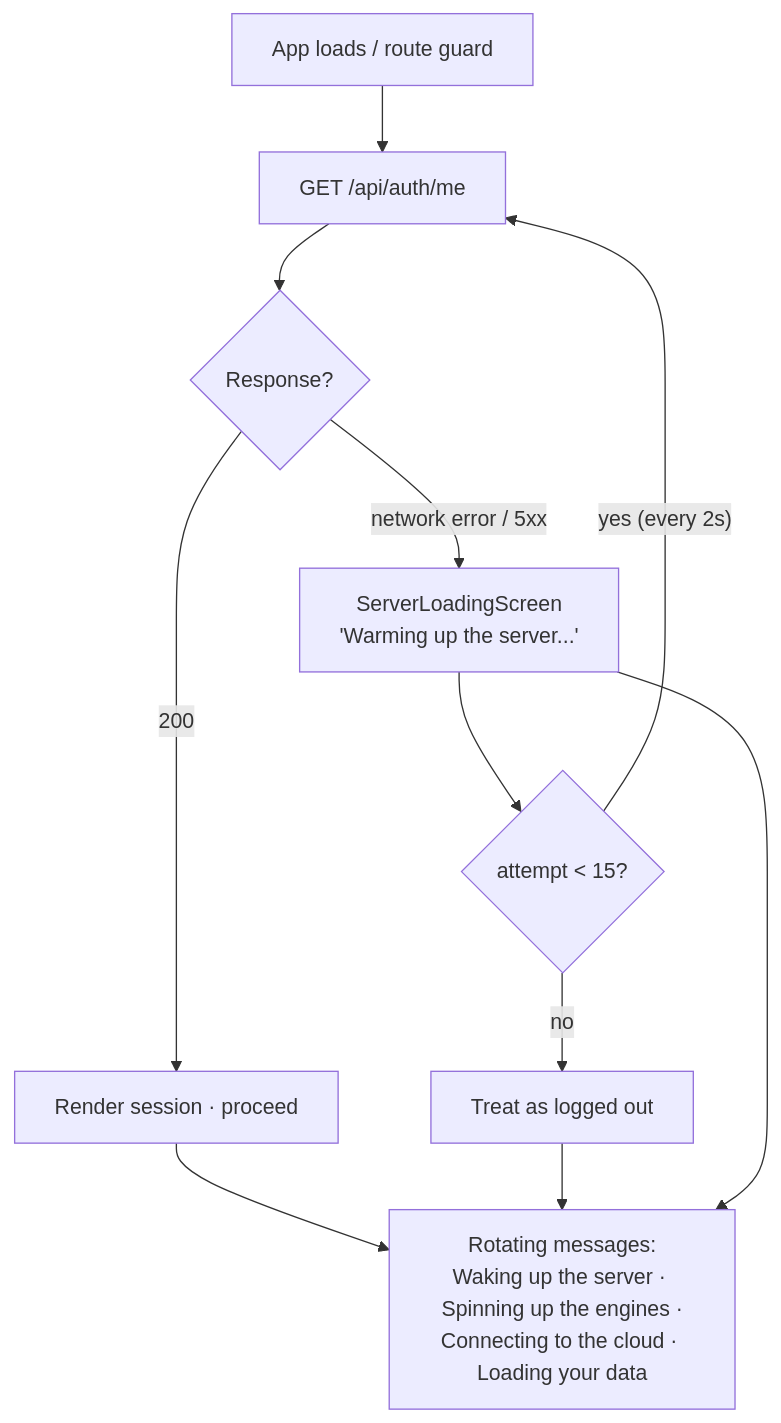
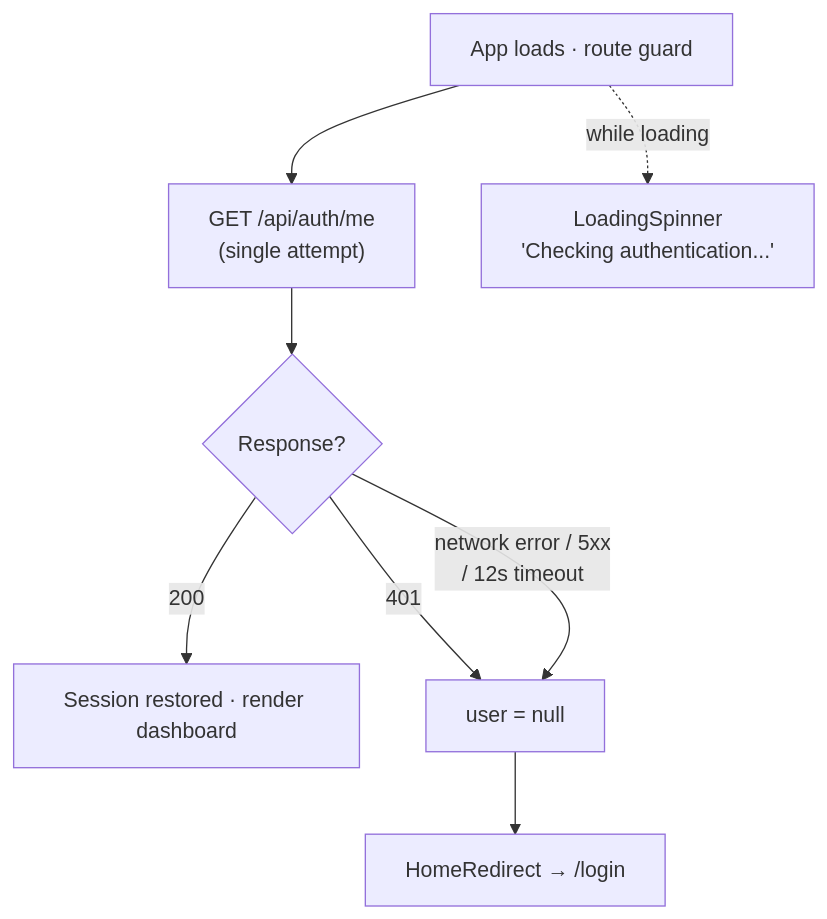
Before and after one commit to RohitChintalapudi/BrandForge_Frontend: the eighth of 11 diagrams in README.md, drawn with Mermaid. The commit also changed other lines of this file, not shown here.

First line of the commit message:
docs(readme): document single-shot session restore and context-based guards

````diff
--- a/README.md
+++ b/README.md
@@ -509,11 +516,10 @@
 ```mermaid
 flowchart TD
-    LOAD["App loads / route guard"] --> REQ["GET /api/auth/me"]
+    LOAD["App loads · route guard"] --> REQ["GET /api/auth/me<br/>(single attempt)"]
     REQ --> RES{"Response?"}
-    RES -- "200" --> LIVE["Render session · proceed"]
-    RES -- "network error / 5xx" --> WARM["ServerLoadingScreen<br/>'Warming up the server...'"]
-    WARM --> LOOP{"attempt < 15?"}
-    LOOP -- "yes (every 2s)" --> REQ
-    LOOP -- "no" --> OUT["Treat as logged out"]
-    LIVE & OUT & WARM --> UX["Rotating messages:<br/>Waking up the server · Spinning up the engines ·<br/>Connecting to the cloud · Loading your data"]
+    RES -- "200" --> LIVE["Session restored · render dashboard"]
+    RES -- "401" --> GUEST["user = null"]
+    RES -- "network error / 5xx<br/>/ 12s timeout" --> GUEST
+    LOAD -. "while loading" .-> SPIN["LoadingSpinner<br/>'Checking authentication...'"]
+    GUEST --> LOGIN["HomeRedirect → /login"]
 ```
````
